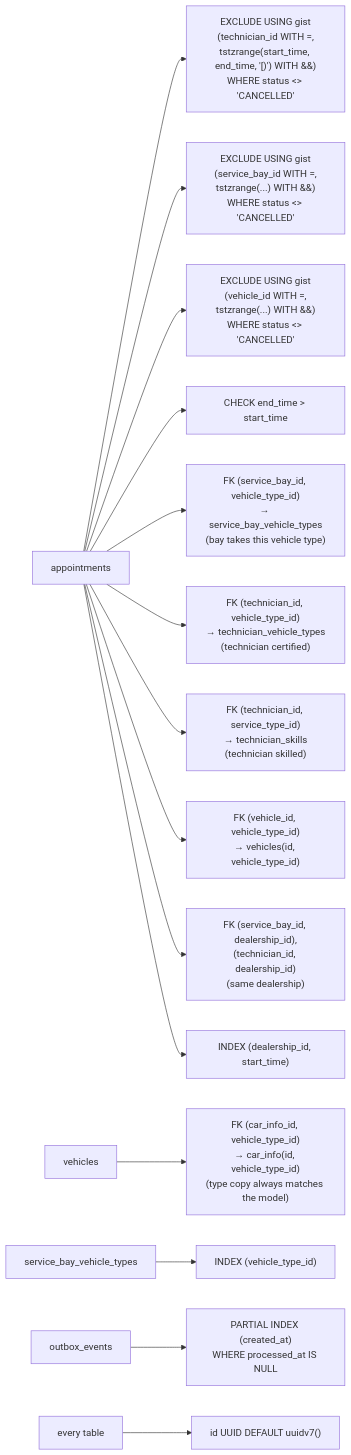
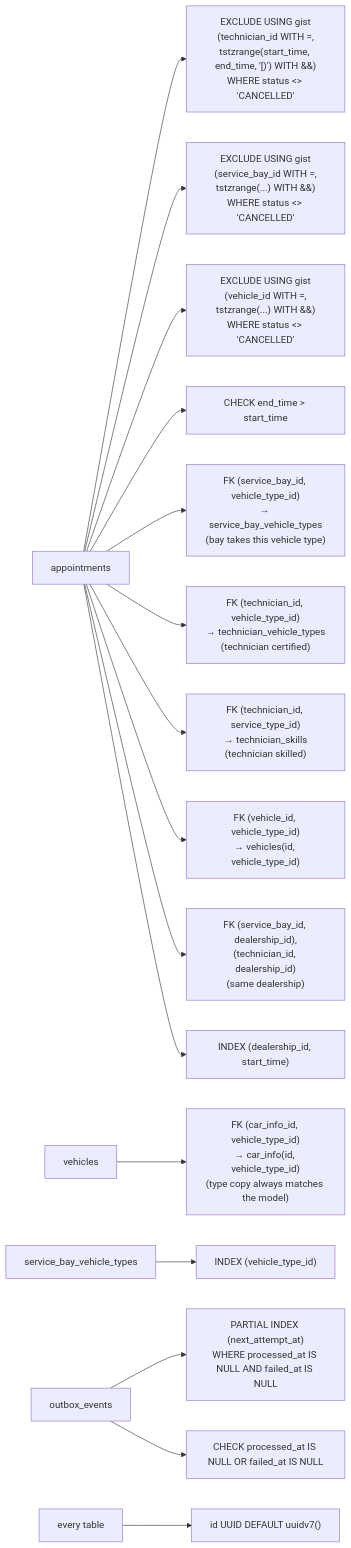
Before and after one commit to Rubynam/keyloop: the diagram in docs/diagrams/dld/02-constraints.mermaid, drawn with Mermaid. The commit also changed 42 other files, not shown here.

First line of the commit message:
feat: close scaffolding with Spec04 (outbox retry schema, relay worker skeleton, Testcontainers)

```diff
--- a/docs/diagrams/dld/02-constraints.mermaid
+++ b/docs/diagrams/dld/02-constraints.mermaid
@@ -1,16 +1,17 @@
 flowchart LR
     APPT["appointments"]
     APPT --> C1["EXCLUDE USING gist<br/>(technician_id WITH =,<br/>tstzrange(start_time, end_time, '[)') WITH &&)<br/>WHERE status <> 'CANCELLED'"]
     APPT --> C2["EXCLUDE USING gist<br/>(service_bay_id WITH =,<br/>tstzrange(...) WITH &&)<br/>WHERE status <> 'CANCELLED'"]
     APPT --> C3["EXCLUDE USING gist<br/>(vehicle_id WITH =,<br/>tstzrange(...) WITH &&)<br/>WHERE status <> 'CANCELLED'"]
     APPT --> C4["CHECK end_time > start_time"]
     APPT --> C5["FK (service_bay_id, vehicle_type_id)<br/>→ service_bay_vehicle_types<br/>(bay takes this vehicle type)"]
     APPT --> C6["FK (technician_id, vehicle_type_id)<br/>→ technician_vehicle_types<br/>(technician certified)"]
     APPT --> C7["FK (technician_id, service_type_id)<br/>→ technician_skills<br/>(technician skilled)"]
     APPT --> C8["FK (vehicle_id, vehicle_type_id)<br/>→ vehicles(id, vehicle_type_id)"]
     APPT --> C9["FK (service_bay_id, dealership_id),<br/>(technician_id, dealership_id)<br/>(same dealership)"]
     VEH["vehicles"] --> C10["FK (car_info_id, vehicle_type_id)<br/>→ car_info(id, vehicle_type_id)<br/>(type copy always matches the model)"]
     APPT --> I1["INDEX (dealership_id, start_time)"]
     SBVT["service_bay_vehicle_types"] --> I3["INDEX (vehicle_type_id)"]
-    OUT["outbox_events"] --> I2["PARTIAL INDEX (created_at)<br/>WHERE processed_at IS NULL"]
+    OUT["outbox_events"] --> I2["PARTIAL INDEX (next_attempt_at)<br/>WHERE processed_at IS NULL AND failed_at IS NULL"]
+    OUT --> C11["CHECK processed_at IS NULL OR failed_at IS NULL"]
     ALL["every table"] --> U1["id UUID DEFAULT uuidv7()"]
```
